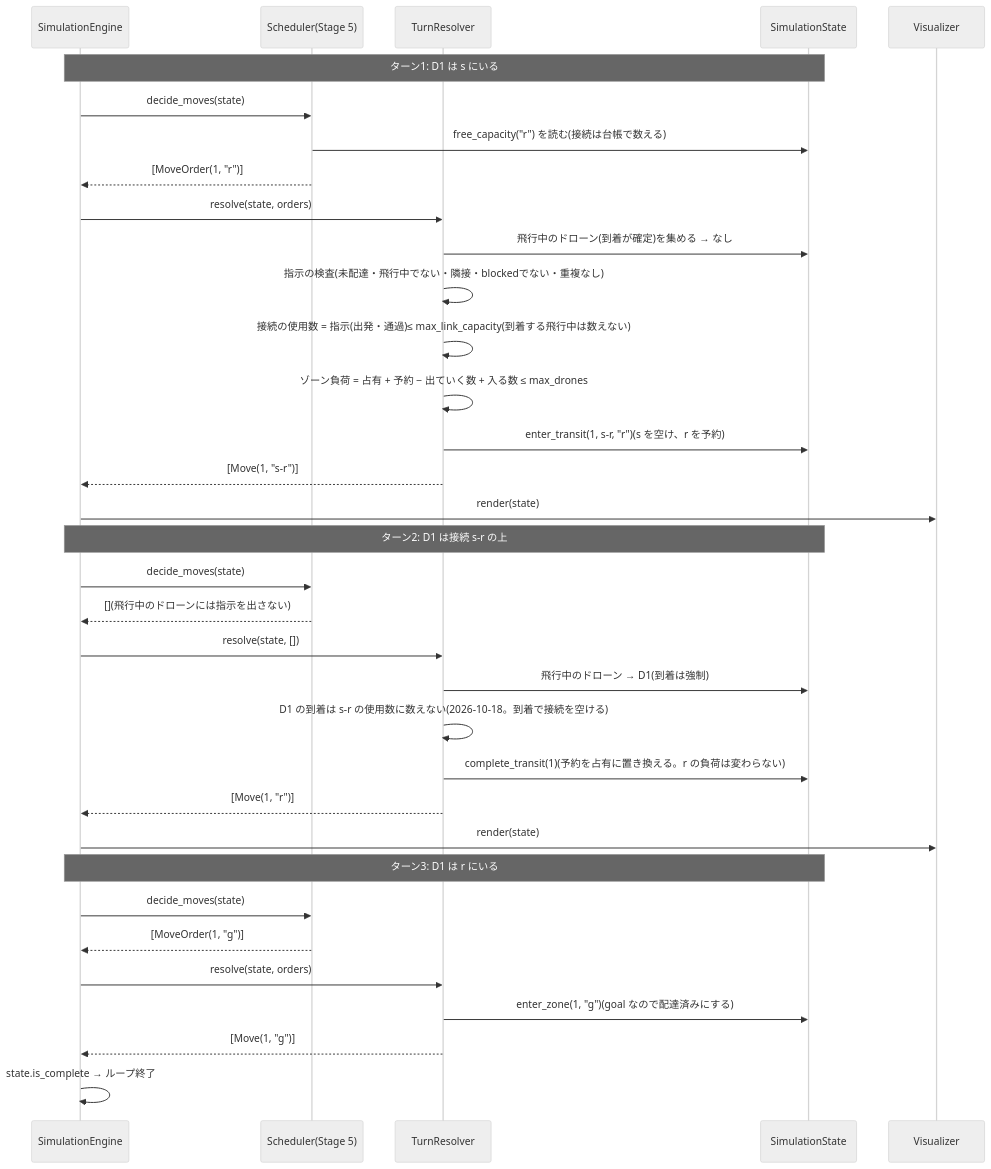
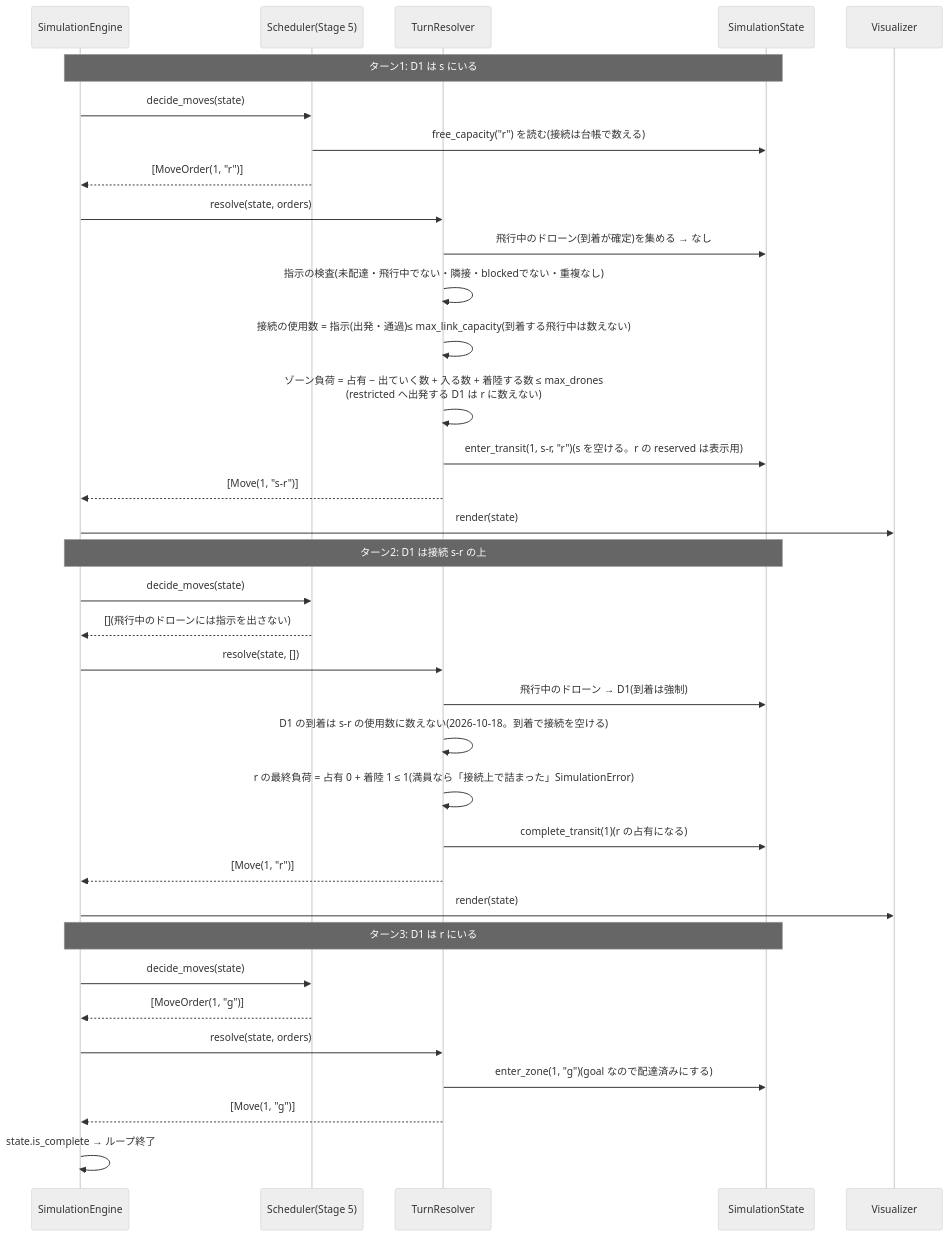
The second of 4 diagrams in docs/research/2026-10-16_workflow-stage4-simulation.md (saikawakiruya-droid/fly_in), drawn with Mermaid (neutral theme) before and after one commit. The commit also changed other lines of this file and 1 other file, not shown here.

````diff
--- a/docs/research/2026-10-16_workflow-stage4-simulation.md
+++ b/docs/research/2026-10-16_workflow-stage4-simulation.md
@@ -139,39 +148,40 @@
 ```mermaid
 sequenceDiagram
     participant Eng as SimulationEngine
     participant Sch as Scheduler(Stage 5)
     participant Res as TurnResolver
     participant St as SimulationState
     participant Vis as Visualizer
 
     Note over Eng,St: ターン1: D1 は s にいる
     Eng->>Sch: decide_moves(state)
     Sch->>St: free_capacity("r") を読む(接続は台帳で数える)
     Sch-->>Eng: [MoveOrder(1, "r")]
     Eng->>Res: resolve(state, orders)
     Res->>St: 飛行中のドローン(到着が確定)を集める → なし
     Res->>Res: 指示の検査(未配達・飛行中でない・隣接・blockedでない・重複なし)
     Res->>Res: 接続の使用数 = 指示(出発・通過)≤ max_link_capacity(到着する飛行中は数えない)
-    Res->>Res: ゾーン負荷 = 占有 + 予約 − 出ていく数 + 入る数 ≤ max_drones
-    Res->>St: enter_transit(1, s-r, "r")(s を空け、r を予約)
+    Res->>Res: ゾーン負荷 = 占有 − 出ていく数 + 入る数 + 着陸する数 ≤ max_drones<br/>(restricted へ出発する D1 は r に数えない)
+    Res->>St: enter_transit(1, s-r, "r")(s を空ける。r の reserved は表示用)
     Res-->>Eng: [Move(1, "s-r")]
     Eng->>Vis: render(state)
 
     Note over Eng,St: ターン2: D1 は接続 s-r の上
     Eng->>Sch: decide_moves(state)
     Sch-->>Eng: [](飛行中のドローンには指示を出さない)
     Eng->>Res: resolve(state, [])
     Res->>St: 飛行中のドローン → D1(到着は強制)
     Res->>Res: D1 の到着は s-r の使用数に数えない(2026-10-18。到着で接続を空ける)
-    Res->>St: complete_transit(1)(予約を占有に置き換える。r の負荷は変わらない)
+    Res->>Res: r の最終負荷 = 占有 0 + 着陸 1 ≤ 1(満員なら「接続上で詰まった」SimulationError)
+    Res->>St: complete_transit(1)(r の占有になる)
     Res-->>Eng: [Move(1, "r")]
     Eng->>Vis: render(state)
 
     Note over Eng,St: ターン3: D1 は r にいる
     Eng->>Sch: decide_moves(state)
     Sch-->>Eng: [MoveOrder(1, "g")]
     Eng->>Res: resolve(state, orders)
     Res->>St: enter_zone(1, "g")(goal なので配達済みにする)
     Res-->>Eng: [Move(1, "g")]
     Eng->>Eng: state.is_complete → ループ終了
 ```
````
